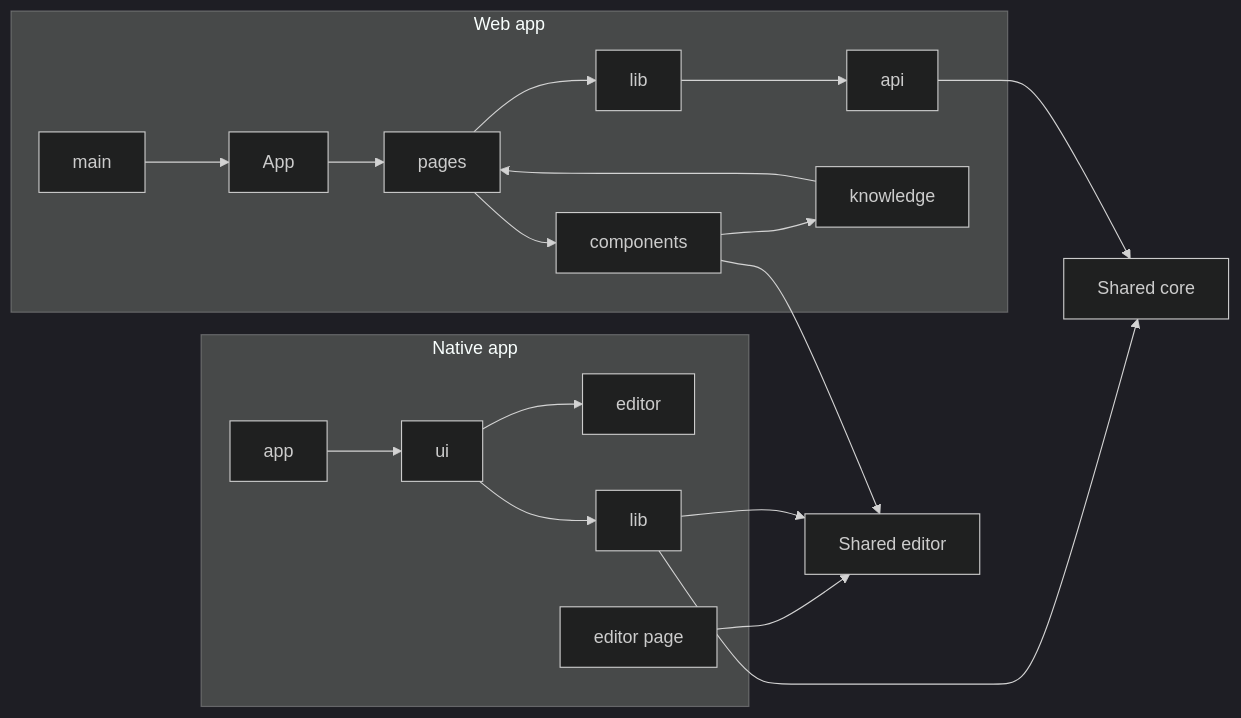
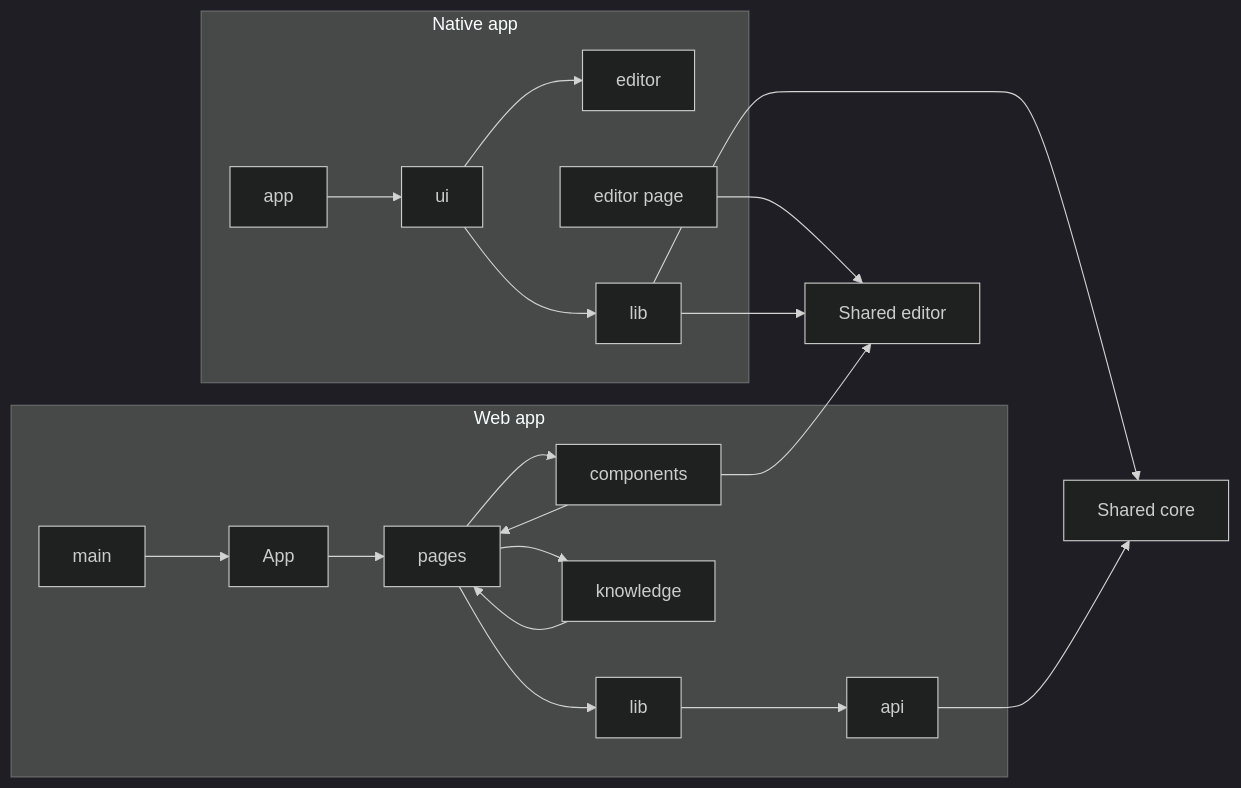
The first of 2 diagrams in docs/architecture/client-modules.md (climbance/climbance), drawn with Mermaid (dark theme) before and after one commit. The commit also changed 32 other files, not shown here.

````diff
--- a/docs/architecture/client-modules.md
+++ b/docs/architecture/client-modules.md
@@ -23,36 +23,37 @@
 ```mermaid
 flowchart LR
     subgraph web["Web app"]
         web_App["App"]
         web_api["api"]
         web_components["components"]
         web_knowledge["knowledge"]
         web_lib["lib"]
         web_main["main"]
         web_pages["pages"]
     end
     subgraph native["Native app"]
         native_app["app"]
         native_editor["editor"]
         native_editor_page["editor page"]
         native_lib["lib"]
         native_ui["ui"]
     end
     core["Shared core"]
     editor["Shared editor"]
     native_app --> native_ui
     native_editor_page --> editor
     native_lib --> core
     native_lib --> editor
     native_ui --> native_editor
     native_ui --> native_lib
     web_App --> web_pages
     web_api --> core
     web_components --> editor
-    web_components --> web_knowledge
+    web_components --> web_pages
     web_knowledge --> web_pages
     web_lib --> web_api
     web_main --> web_App
     web_pages --> web_components
+    web_pages --> web_knowledge
     web_pages --> web_lib
 ```
````
